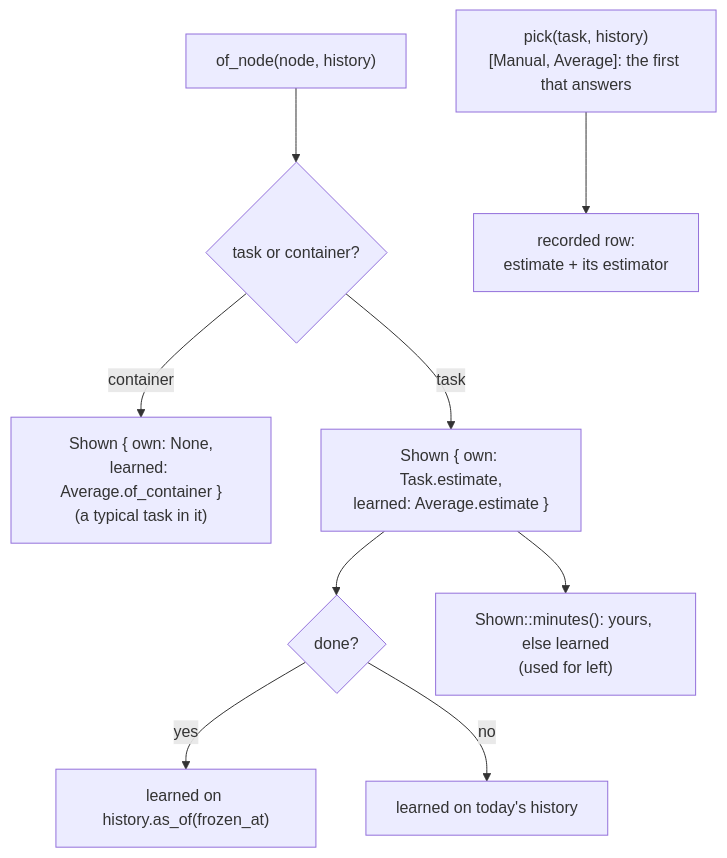
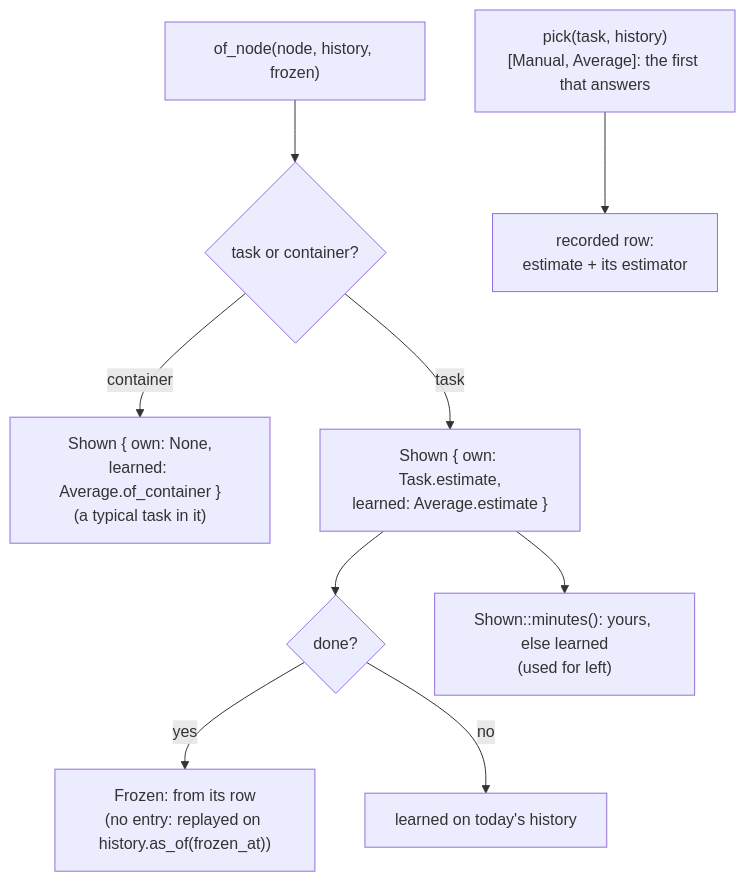
Before and after one commit to jqyDee/udo: the second of 3 diagrams in docs/architecture/estimates.md, drawn with Mermaid. The commit also changed other lines of this file and 2 other files, not shown here.

Commit message:
feat(estimates): done tasks read their estimate from their rows, backfilled once (#60)

````diff
--- a/docs/architecture/estimates.md
+++ b/docs/architecture/estimates.md
@@ -84,11 +89,11 @@
 ```mermaid
 flowchart TD
-    node["of_node(node, history)"] --> kind{task or container?}
+    node["of_node(node, history, frozen)"] --> kind{task or container?}
     kind -- container --> pooled["Shown { own: None,<br/>learned: Average.of_container }<br/>(a typical task in it)"]
     kind -- task --> both["Shown { own: Task.estimate,<br/>learned: Average.estimate }"]
     both --> done{done?}
-    done -- yes --> frozen["learned on history.as_of(frozen_at)"]
+    done -- yes --> frozen["Frozen: from its row<br/>(no entry: replayed on history.as_of(frozen_at))"]
     done -- no --> today["learned on today's history"]
     both --> minutes["Shown::minutes(): yours, else learned<br/>(used for left)"]
     pick["pick(task, history)<br/>[Manual, Average]: the first that answers"] --> row["recorded row:<br/>estimate + its estimator"]
 ```
````
